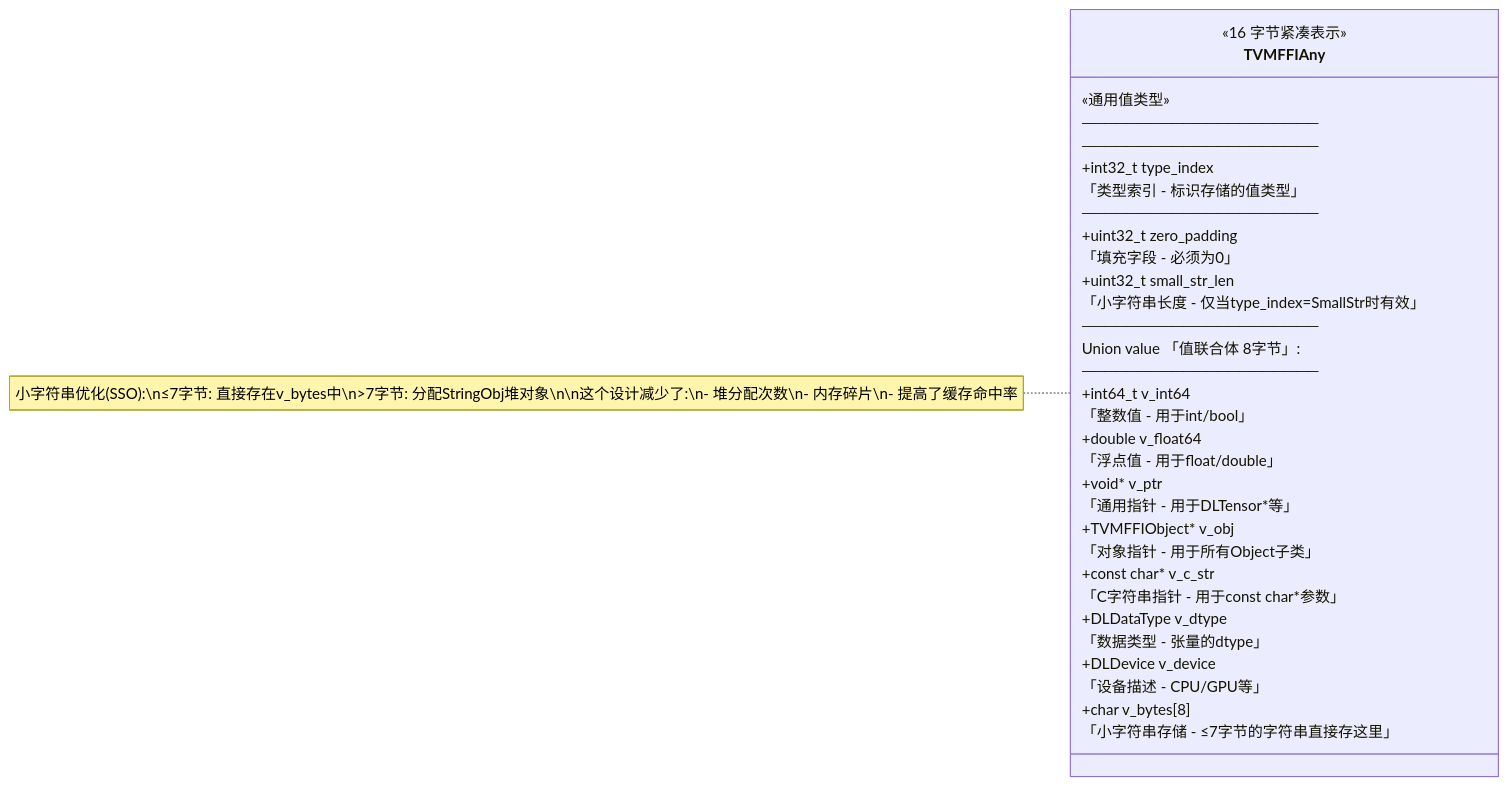
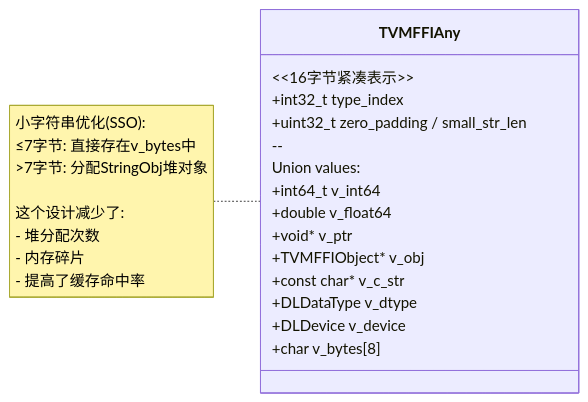
One commit to 08mamba24/08mamba24.github.io changed the second of 9 diagrams in _posts/2026-03-21-tvm-ffi-uml.md. Above: the diagram before and after it, drawn with Mermaid. The commit also changed other lines of this file, not shown here.

````diff
--- a/_posts/2026-03-21-tvm-ffi-uml.md
+++ b/_posts/2026-03-21-tvm-ffi-uml.md
@@ -137,39 +88,22 @@
 ```mermaid
 classDiagram
     direction LR
     
     class TVMFFIAny {
-        «通用值类型»
-        ─────────────────────
-        <<16 字节紧凑表示>>
-        ─────────────────────
+        &lt;&lt;16字节紧凑表示&gt;&gt;
         +int32_t type_index
-        「类型索引 - 标识存储的值类型」
-        ─────────────────────
-        +uint32_t zero_padding
-        「填充字段 - 必须为0」
-        +uint32_t small_str_len
-        「小字符串长度 - 仅当type_index=SmallStr时有效」
-        ─────────────────────
-        Union value 「值联合体 8字节」:
-        ─────────────────────
+        +uint32_t zero_padding / small_str_len
+        --
+        Union values:
         +int64_t v_int64
-        「整数值 - 用于int/bool」
         +double v_float64
-        「浮点值 - 用于float/double」
         +void* v_ptr
-        「通用指针 - 用于DLTensor*等」
         +TVMFFIObject* v_obj
-        「对象指针 - 用于所有Object子类」
         +const char* v_c_str
-        「C字符串指针 - 用于const char*参数」
         +DLDataType v_dtype
-        「数据类型 - 张量的dtype」
         +DLDevice v_device
-        「设备描述 - CPU/GPU等」
         +char v_bytes[8]
-        「小字符串存储 - ≤7字节的字符串直接存这里」
     }
     
-    note for TVMFFIAny "小字符串优化(SSO):\n≤7字节: 直接存在v_bytes中\n>7字节: 分配StringObj堆对象\n\n这个设计减少了:\n- 堆分配次数\n- 内存碎片\n- 提高了缓存命中率"
+    note for TVMFFIAny "小字符串优化(SSO):<br/>≤7字节: 直接存在v_bytes中<br/>>7字节: 分配StringObj堆对象<br/><br/>这个设计减少了:<br/>- 堆分配次数<br/>- 内存碎片<br/>- 提高了缓存命中率"
 ```
````
